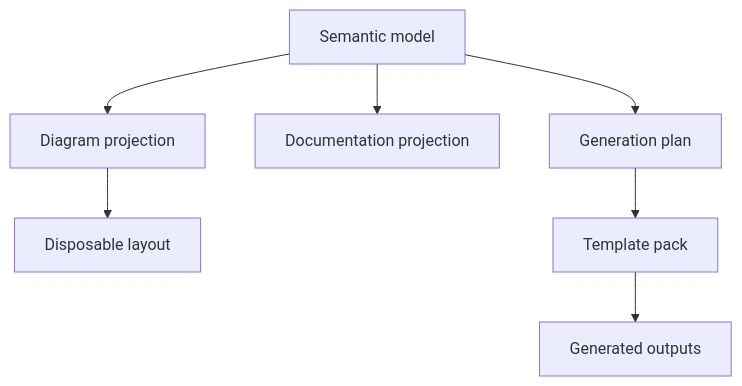
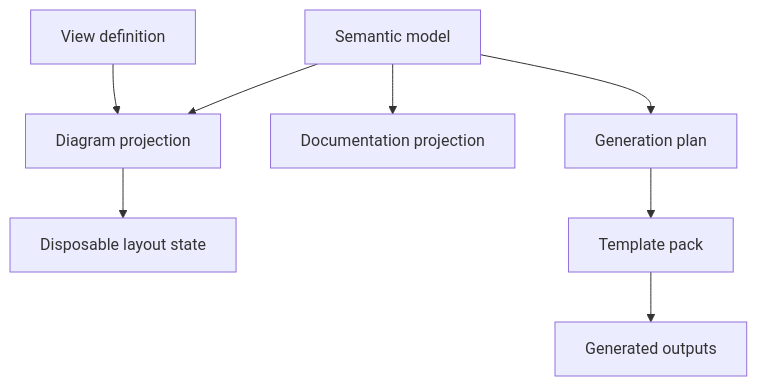
One commit to Allann/Modeller.Next changed the eighth of 12 diagrams in docs/architecture/architecture-101.md. Above: the diagram before and after it, drawn with Mermaid. The commit also changed other lines of this file and 7 other files, not shown here.

Commit message:
Define diagram projections and editing semantics

````diff
--- a/docs/architecture/architecture-101.md
+++ b/docs/architecture/architecture-101.md
@@ -255,9 +256,10 @@
 ```mermaid
 graph TD
     Model[Semantic model] --> Diagram[Diagram projection]
     Model --> Docs[Documentation projection]
     Model --> Plan[Generation plan]
-    Diagram --> Layout[Disposable layout]
+    View[View definition] --> Diagram
+    Diagram --> Layout[Disposable layout state]
     Plan --> Templates[Template pack]
     Templates --> Outputs[Generated outputs]
 ```
````
